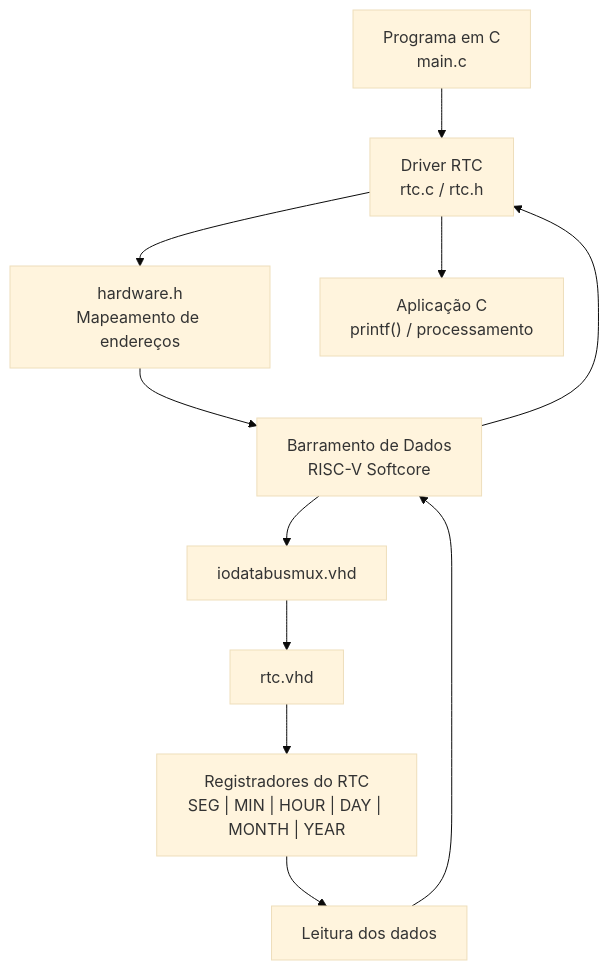
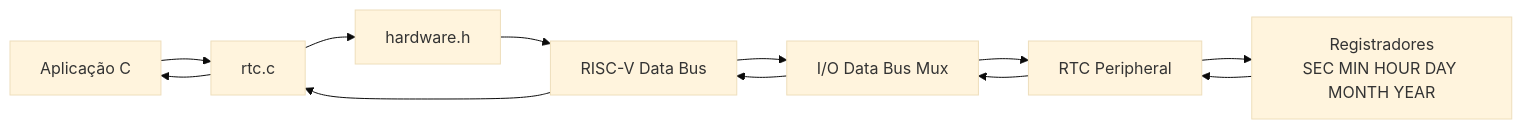
One commit to PedroThomaz/RTC_vhdl changed the diagram in readme.md. Above: the diagram before and after it, drawn with Mermaid (base theme).

````diff
--- a/readme.md
+++ b/readme.md
@@ -269,14 +269,16 @@
 ```mermaid
-flowchart TD
+graph LR
 
-    A["Programa em C<br/>main.c"] --> B["Driver RTC<br/>rtc.c / rtc.h"]
-    B --> C["hardware.h<br/>Mapeamento de endereços"]
-    C --> D["Barramento de Dados<br/>RISC-V Softcore"]
-    D --> E["iodatabusmux.vhd"]
-    E --> F["rtc.vhd"]
-    F --> G["Registradores do RTC<br/>SEG | MIN | HOUR | DAY | MONTH | YEAR"]
-    G --> H["Leitura dos dados"]
-    H --> D
-    D --> B
-    B --> I["Aplicação C<br/>printf() / processamento"]
+APP["Aplicação C"] --> API["rtc.c"]
+API --> HW["hardware.h"]
+HW --> BUS["RISC-V Data Bus"]
+BUS --> MUX["I/O Data Bus Mux"]
+MUX --> RTC["RTC Peripheral"]
+RTC --> REG["Registradores<br/>SEC MIN HOUR DAY MONTH YEAR"]
+
+REG --> RTC
+RTC --> MUX
+MUX --> BUS
+BUS --> API
+API --> APP
 ```
````
